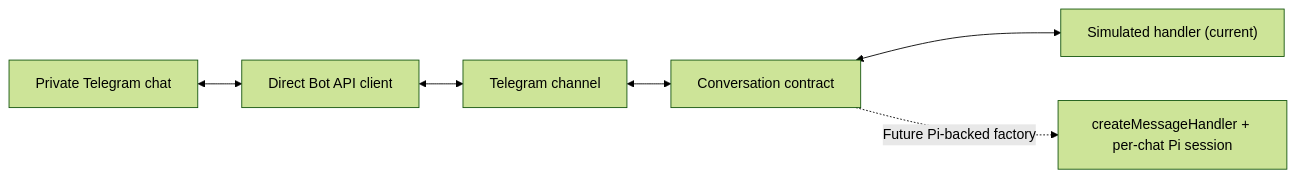
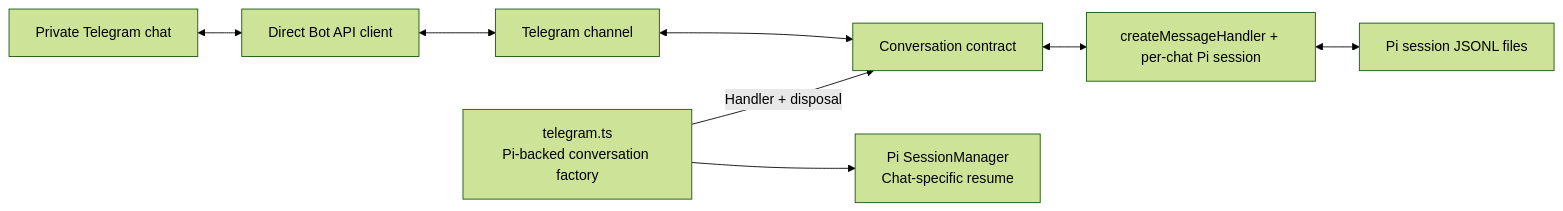
The sixth of 7 diagrams in ARCHITECTURE.md (fjeansilva/ava-personal-assistant), drawn with Mermaid (forest theme) before and after one commit. The commit also changed other lines of this file and 5 other files, not shown here.

First line of the commit message:
feat(telegram): persist and resume Pi sessions per chat

````diff
--- a/ARCHITECTURE.md
+++ b/ARCHITECTURE.md
@@ -268,8 +283,10 @@
 ```mermaid
 flowchart LR
     User["Private Telegram chat"] <--> API["Direct Bot API client"]
     API <--> Channel["Telegram channel"]
     Channel <--> Contract["Conversation contract"]
-    Contract <--> Fake["Simulated handler (current)"]
-    Contract -.->|"Future Pi-backed factory"| Pi["createMessageHandler + per-chat Pi session"]
+    App["telegram.ts<br/>Pi-backed conversation factory"] -->|"Handler + disposal"| Contract
+    App --> Manager["Pi SessionManager<br/>Chat-specific resume"]
+    Contract <--> Pi["createMessageHandler + per-chat Pi session"]
+    Pi <--> History["Pi session JSONL files"]
 ```
````
